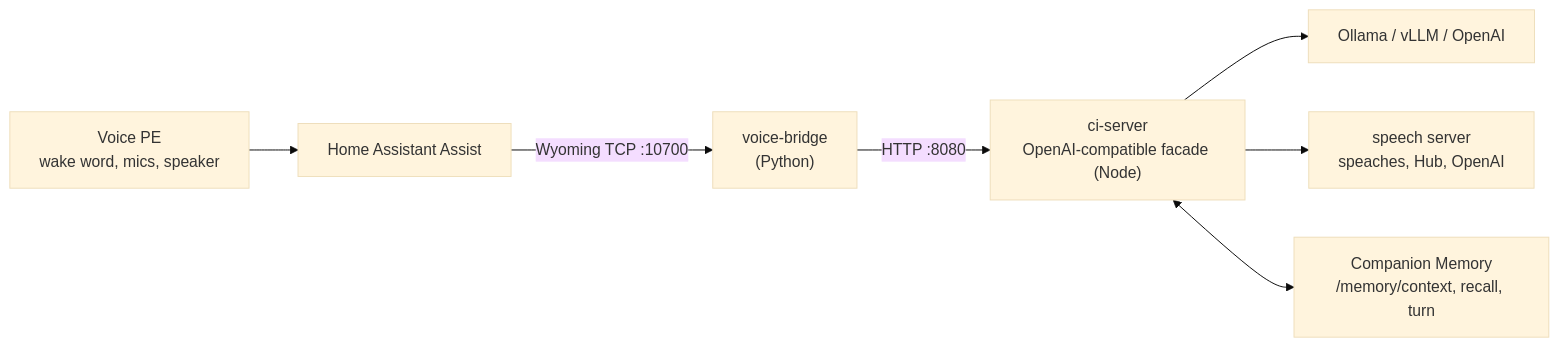
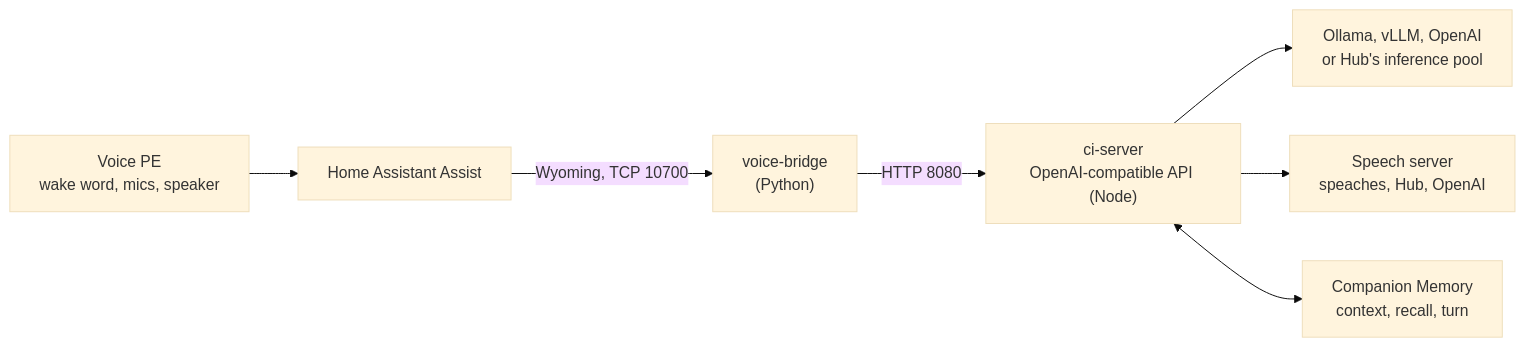
One commit to companionintelligence/CI-Home-Assistant-Voice-PE changed the diagram in README.md. Above: the diagram before and after it, drawn with Mermaid (base theme). The commit also changed other lines of this file and 13 other files, not shown here.

````diff
--- a/README.md
+++ b/README.md
@@ -10,9 +44,9 @@
 ```mermaid
 flowchart LR
   PE["Voice PE<br/>wake word, mics, speaker"] --> HA["Home Assistant Assist"]
-  HA -- "Wyoming TCP :10700" --> VB["voice-bridge<br/>(Python)"]
-  VB -- "HTTP :8080" --> CS["ci-server<br/>OpenAI-compatible facade (Node)"]
-  CS --> OL["Ollama / vLLM / OpenAI"]
-  CS --> SP["speech server<br/>speaches, Hub, OpenAI"]
-  CS <--> CM["Companion Memory<br/>/memory/context, recall, turn"]
+  HA -- "Wyoming, TCP 10700" --> VB["voice-bridge<br/>(Python)"]
+  VB -- "HTTP 8080" --> CS["ci-server<br/>OpenAI-compatible API (Node)"]
+  CS --> OL["Ollama, vLLM, OpenAI<br/>or Hub's inference pool"]
+  CS --> SP["Speech server<br/>speaches, Hub, OpenAI"]
+  CS <--> CM["Companion Memory<br/>context, recall, turn"]
 ```
````
